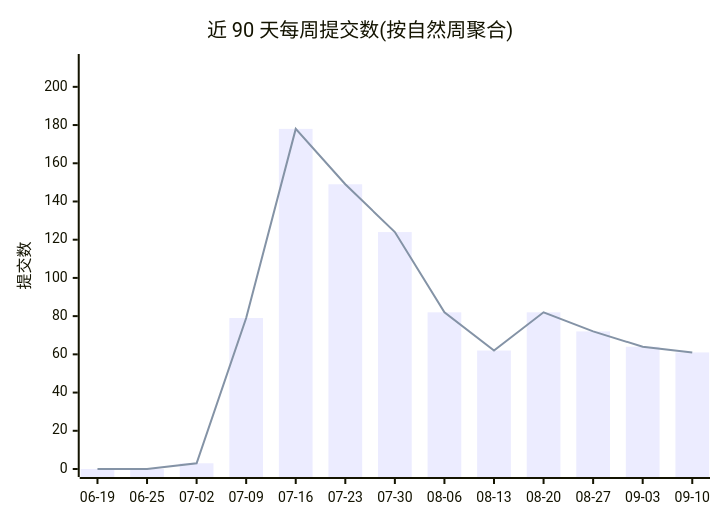
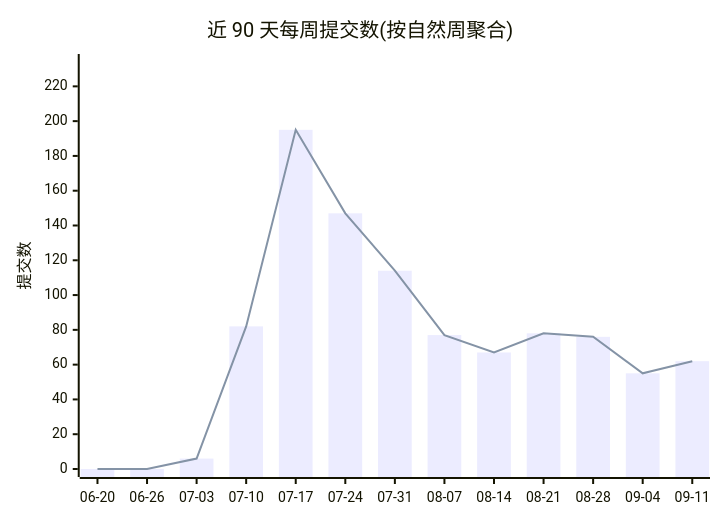
One commit to Conflux-Union/.github changed the first of 2 diagrams in profile/README.md. Above: the diagram before and after it, drawn with Mermaid. The commit also changed other lines of this file and 1 other file, not shown here.

````diff
--- a/profile/README.md
+++ b/profile/README.md
@@ -44,8 +44,8 @@
 ```mermaid
 xychart-beta
     title "近 90 天每周提交数(按自然周聚合)"
-    x-axis ["06-19", "06-25", "07-02", "07-09", "07-16", "07-23", "07-30", "08-06", "08-13", "08-20", "08-27", "09-03", "09-10"]
-    y-axis "提交数" 0 --> 213
-    bar [0, 0, 3, 79, 178, 149, 124, 82, 62, 82, 72, 64, 61]
-    line [0, 0, 3, 79, 178, 149, 124, 82, 62, 82, 72, 64, 61]
+    x-axis ["06-20", "06-26", "07-03", "07-10", "07-17", "07-24", "07-31", "08-07", "08-14", "08-21", "08-28", "09-04", "09-11"]
+    y-axis "提交数" 0 --> 234
+    bar [0, 0, 6, 82, 195, 147, 114, 77, 67, 78, 76, 55, 62]
+    line [0, 0, 6, 82, 195, 147, 114, 77, 67, 78, 76, 55, 62]
 ```
````
